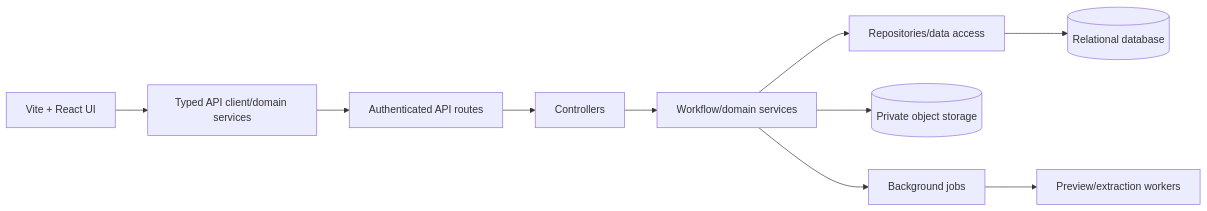
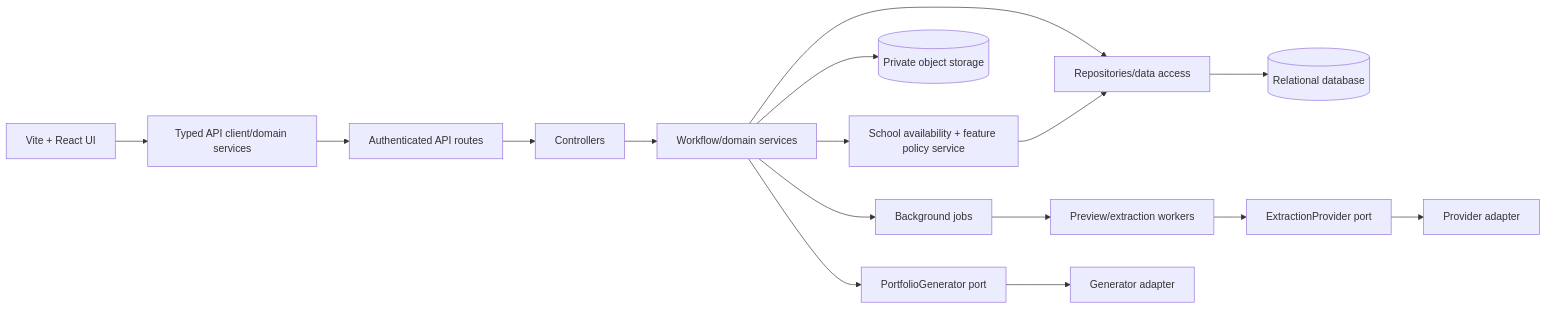
The diagram in output/English/SRS/SRS-11 Infrastructure security and operations.md (heison-octopus/testing-port), drawn with Mermaid before and after one commit. The commit also changed other lines of this file and 79 other files, not shown here.

````diff
--- a/output/English/SRS/SRS-11 Infrastructure security and operations.md
+++ b/output/English/SRS/SRS-11 Infrastructure security and operations.md
@@ -5,12 +5,18 @@
 ```mermaid
 flowchart LR
     UI[Vite + React UI] --> Client[Typed API client/domain services]
     Client --> Route[Authenticated API routes]
     Route --> Controller[Controllers]
     Controller --> Service[Workflow/domain services]
+    Service --> Policy[School availability + feature policy service]
     Service --> Repo[Repositories/data access]
+    Policy --> Repo
     Repo --> DB[(Relational database)]
     Service --> Objects[(Private object storage)]
     Service --> Queue[Background jobs]
     Queue --> Preview[Preview/extraction workers]
+    Preview --> ExtractPort[ExtractionProvider port]
+    Service --> PortfolioPort[PortfolioGenerator port]
+    ExtractPort --> Provider[Provider adapter]
+    PortfolioPort --> Generator[Generator adapter]
 ```
````
